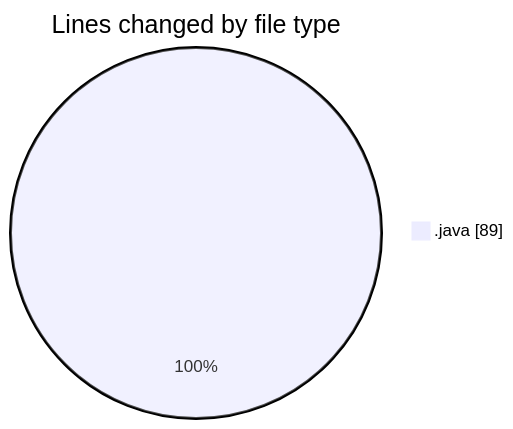
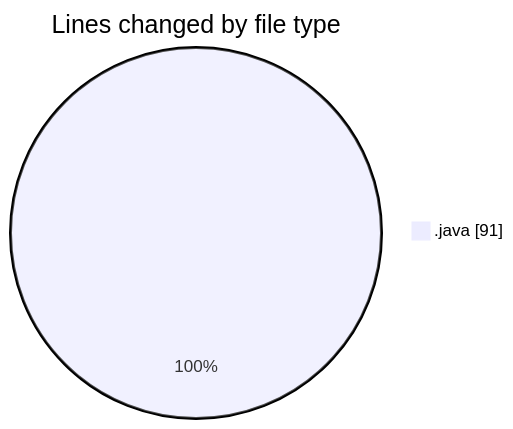
The first of 2 diagrams in 2026-06-30/cilapp/README.md (ricardozamudiocil/code-tracking), drawn with Mermaid before and after one commit. The commit also changed other lines of this file and 1 other file, not shown here.

````diff
--- a/2026-06-30/cilapp/README.md
+++ b/2026-06-30/cilapp/README.md
@@ -20,5 +20,5 @@
 ```mermaid
 pie showData
 title Lines changed by file type
-".java" : 89
+".java" : 91
 ```
````
